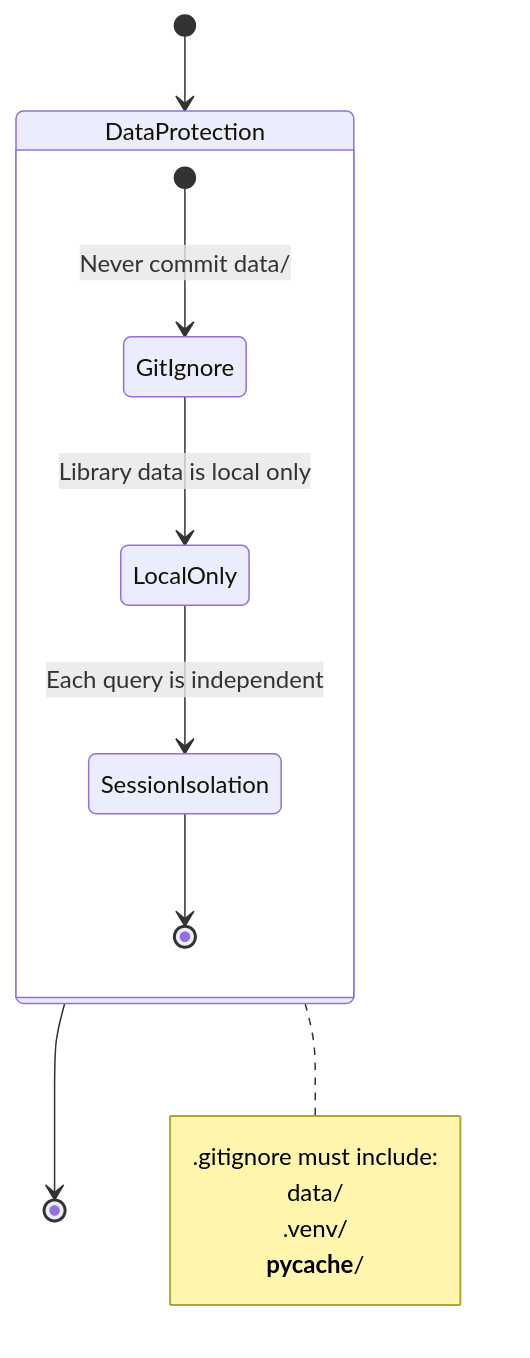
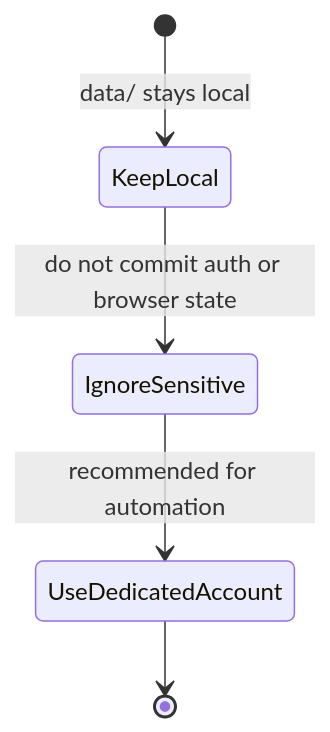
The ninth of 10 diagrams in references/best-practices.md (khengyun/notebooklm-experts-skill), drawn with Mermaid before and after one commit. The commit also changed other lines of this file and 23 other files, not shown here.

````diff
--- a/references/best-practices.md
+++ b/references/best-practices.md
@@ -193,20 +200,7 @@
 ```mermaid
 stateDiagram-v2
-    [*] --> DataProtection
-
-    state DataProtection {
-        [*] --> GitIgnore: Never commit data/
-        GitIgnore --> LocalOnly: Library data is local only
-        LocalOnly --> SessionIsolation: Each query is independent
-        SessionIsolation --> [*]
-    }
-
-    DataProtection --> [*]
-
-    note right of DataProtection
-        .gitignore must include:
-        data/
-        .venv/
-        __pycache__/
-    end note
+    [*] --> KeepLocal: data/ stays local
+    KeepLocal --> IgnoreSensitive: do not commit auth or browser state
+    IgnoreSensitive --> UseDedicatedAccount: recommended for automation
+    UseDedicatedAccount --> [*]
 ```
````
